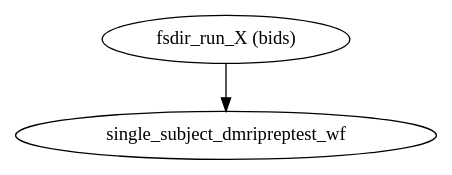
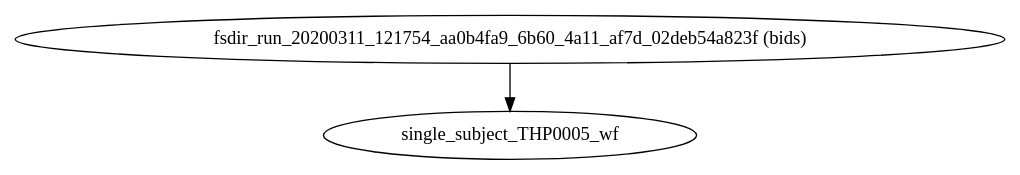
The diagram in 0.2.2/wf_directive/api/dmriprep_wf/dmriprep-workflows-base-1.dot (nipreps/dmriprep), drawn with Graphviz before and after one commit. The commit also changed 349 other files, not shown here.

```diff
--- a/0.2.2/wf_directive/api/dmriprep_wf/dmriprep-workflows-base-1.dot
+++ b/0.2.2/wf_directive/api/dmriprep_wf/dmriprep-workflows-base-1.dot
@@ -1,5 +1,5 @@
 strict digraph  {
-"fsdir_run_X (bids)";
-single_subject_dmripreptest_wf;
-"fsdir_run_X (bids)" -> single_subject_dmripreptest_wf;
+"fsdir_run_20200311_121754_aa0b4fa9_6b60_4a11_af7d_02deb54a823f (bids)";
+single_subject_THP0005_wf;
+"fsdir_run_20200311_121754_aa0b4fa9_6b60_4a11_af7d_02deb54a823f (bids)" -> single_subject_THP0005_wf;
 }
```
